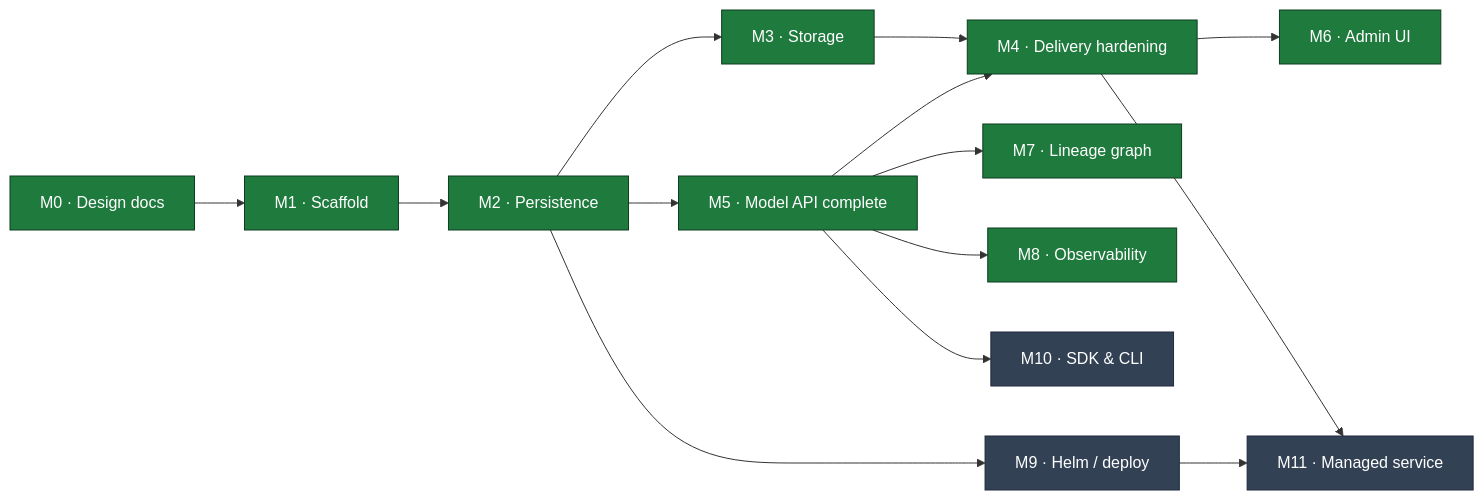
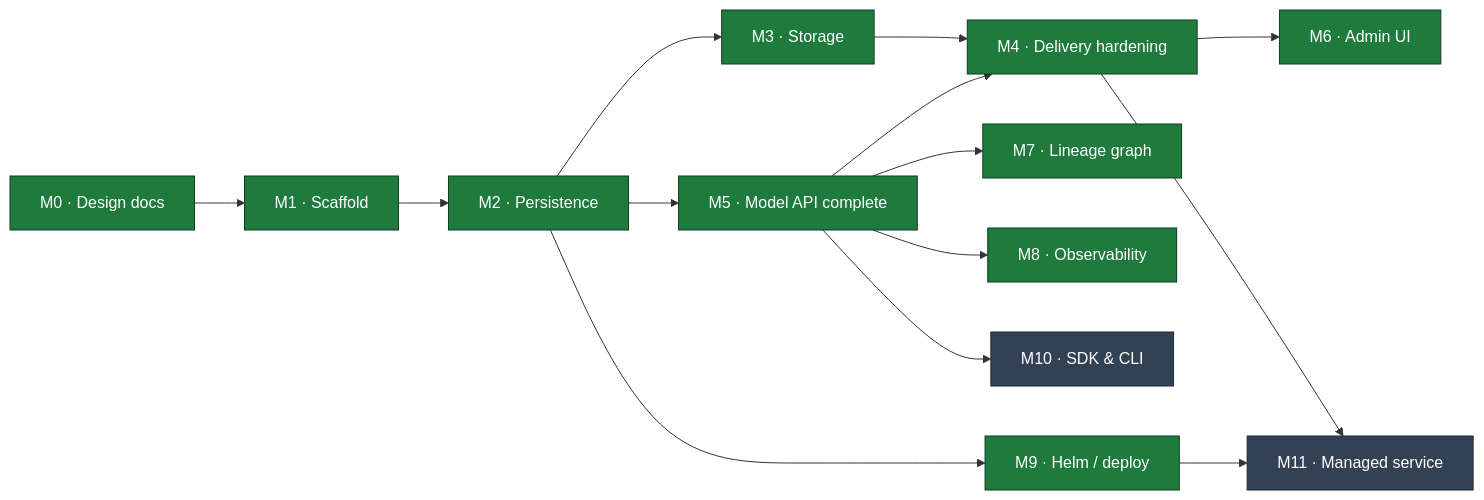
Before and after one commit to proseria-research/lineage: the diagram in MILESTONES.md, drawn with Mermaid. The commit also changed other lines of this file and 21 other files, not shown here.

First line of the commit message:
feat(M9): Helm chart + Docker — one install yields a working, secure registry

````diff
--- a/MILESTONES.md
+++ b/MILESTONES.md
@@ -11,22 +11,22 @@
 ```mermaid
 flowchart LR
     M0["M0 · Design docs"] --> M1["M1 · Scaffold"]
     M1 --> M2["M2 · Persistence"]
     M2 --> M3["M3 · Storage"]
     M2 --> M5["M5 · Model API complete"]
     M3 --> M4["M4 · Delivery hardening"]
     M5 --> M4
     M5 --> M7["M7 · Lineage graph"]
     M4 --> M6["M6 · Admin UI"]
     M5 --> M8["M8 · Observability"]
     M2 --> M9["M9 · Helm / deploy"]
     M5 --> M10["M10 · SDK & CLI"]
     M9 --> M11["M11 · Managed service"]
     M4 --> M11
 
     classDef done fill:#1f7a3d,stroke:#0d3d1e,color:#fff;
     classDef active fill:#b45309,stroke:#7c3a06,color:#fff;
     classDef todo fill:#334155,stroke:#1e293b,color:#fff;
-    class M0,M1,M2,M3,M4,M5,M6,M7,M8 done;
-    class M9,M10,M11 todo;
+    class M0,M1,M2,M3,M4,M5,M6,M7,M8,M9 done;
+    class M10,M11 todo;
 ```
````
